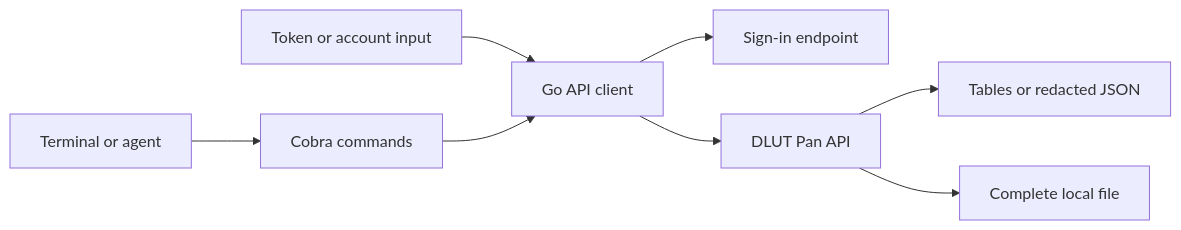
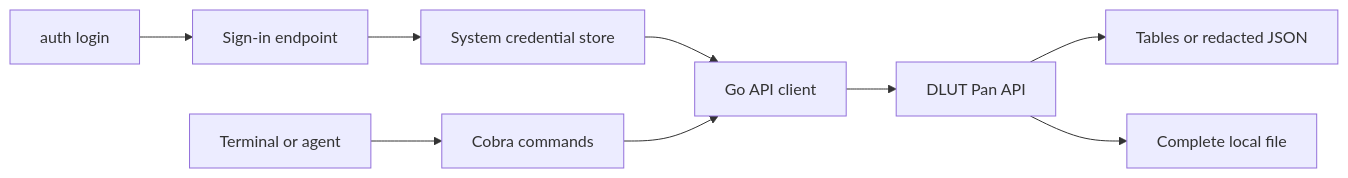
Before and after one commit to saurlax/dlut-pan-cli: the diagram in README.md, drawn with Mermaid. The commit also changed other lines of this file and 32 other files, not shown here.

Commit message:
feat: persist login sessions in the system credential store

````diff
--- a/README.md
+++ b/README.md
@@ -32,10 +34,11 @@
 ```mermaid
 flowchart LR
     User[Terminal or agent] --> CLI[Cobra commands]
-    Credentials[Token or account input] --> API[Go API client]
+    LoginCommand[auth login] --> Login[Sign-in endpoint]
+    Login --> Session[System credential store]
+    Session --> API[Go API client]
     CLI --> API
-    API --> Login[Sign-in endpoint]
     API --> Pan[DLUT Pan API]
     Pan --> Output[Tables or redacted JSON]
     Pan --> Download[Complete local file]
 ```
````
